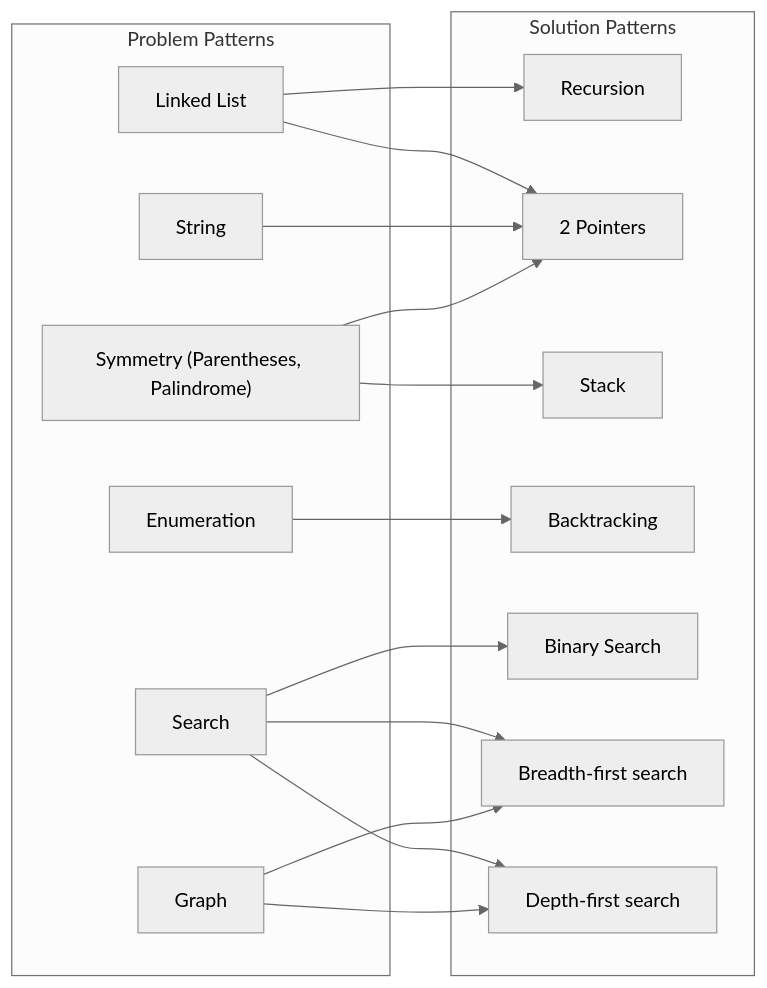
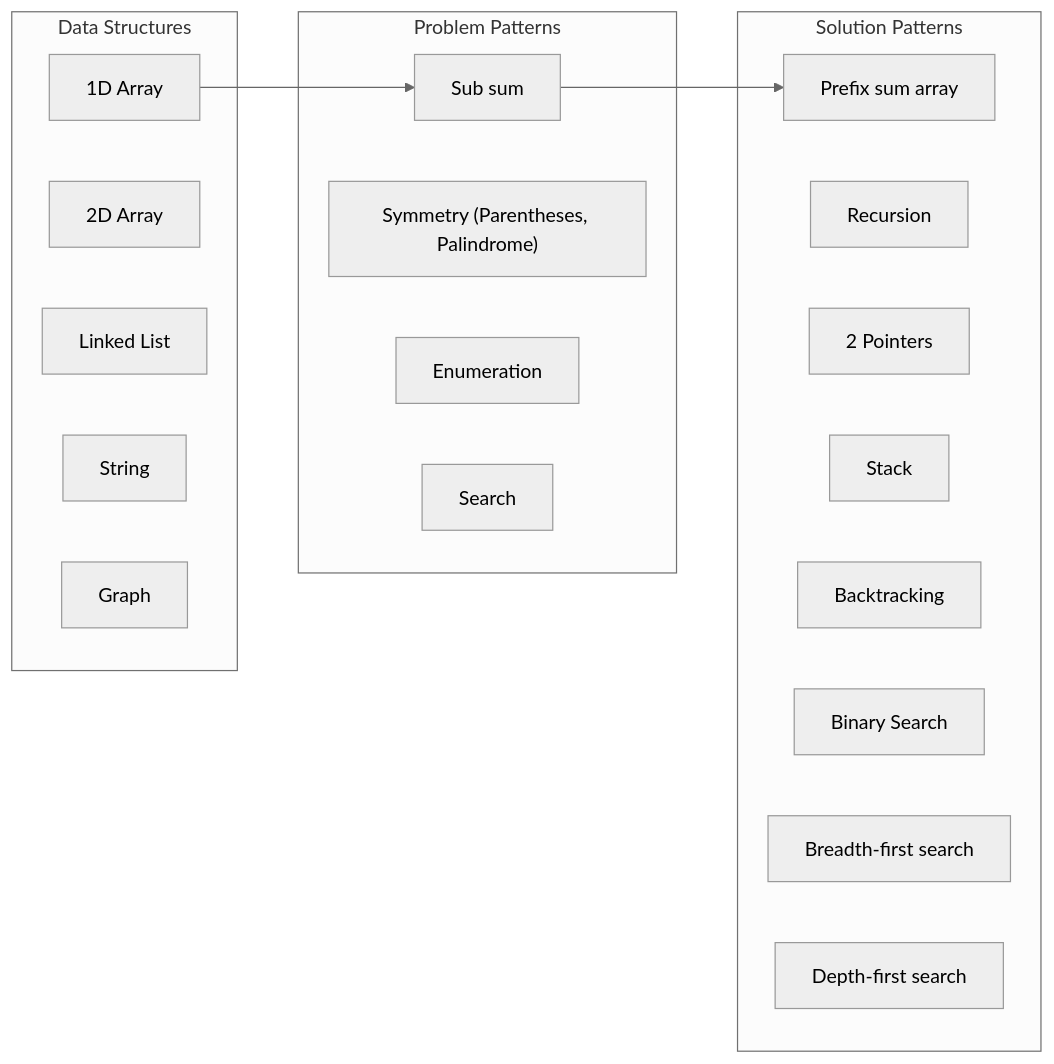
Before and after one commit to wuyichen24/coding-interview: the diagram in README.md, drawn with Mermaid (neutral theme).

````diff
--- a/README.md
+++ b/README.md
@@ -103,32 +103,29 @@
 ```mermaid
 flowchart LR
-   LL-->RC
-   LL-->2P
-   ST-->2P
-   SY-->2P
-   SY-->SK
-   EN-->BT
-   SC-->BS
-   SC-->BFS
-   SC-->DFS
-   GP-->BFS
-   GP-->DFS
+   1DA-->SM-->PSA
+
+   subgraph datastructureSG ["Data Structures"]
+      1DA["1D Array"]
+      2DA["2D Array"]
+      LL["Linked List"]
+      ST["String"] 
+      GP["Graph"]
+   end
 
    subgraph problemSG ["Problem Patterns"]
-      LL["Linked List"]
-      ST["String"]
+      SM["Sub sum"]
       SY["Symmetry (Parentheses, Palindrome)"]
       EN["Enumeration"]
       SC["Search"]
-      GP["Graph"]
    end
    subgraph solutionSG [Solution Patterns]
+      PSA["Prefix sum array"]
       RC["Recursion"]
       2P["2 Pointers"]
       SK["Stack"]
       BT["Backtracking"]
       BS["Binary Search"]
       BFS["Breadth-first search"]
       DFS["Depth-first search"]
    end
 ```
````
